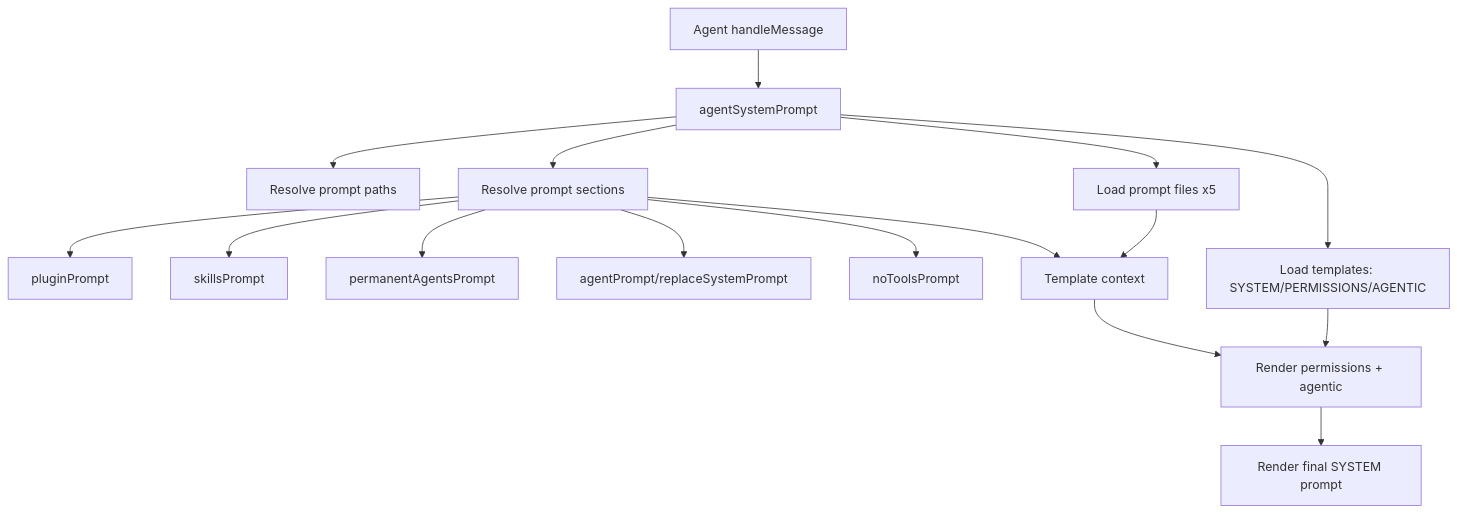
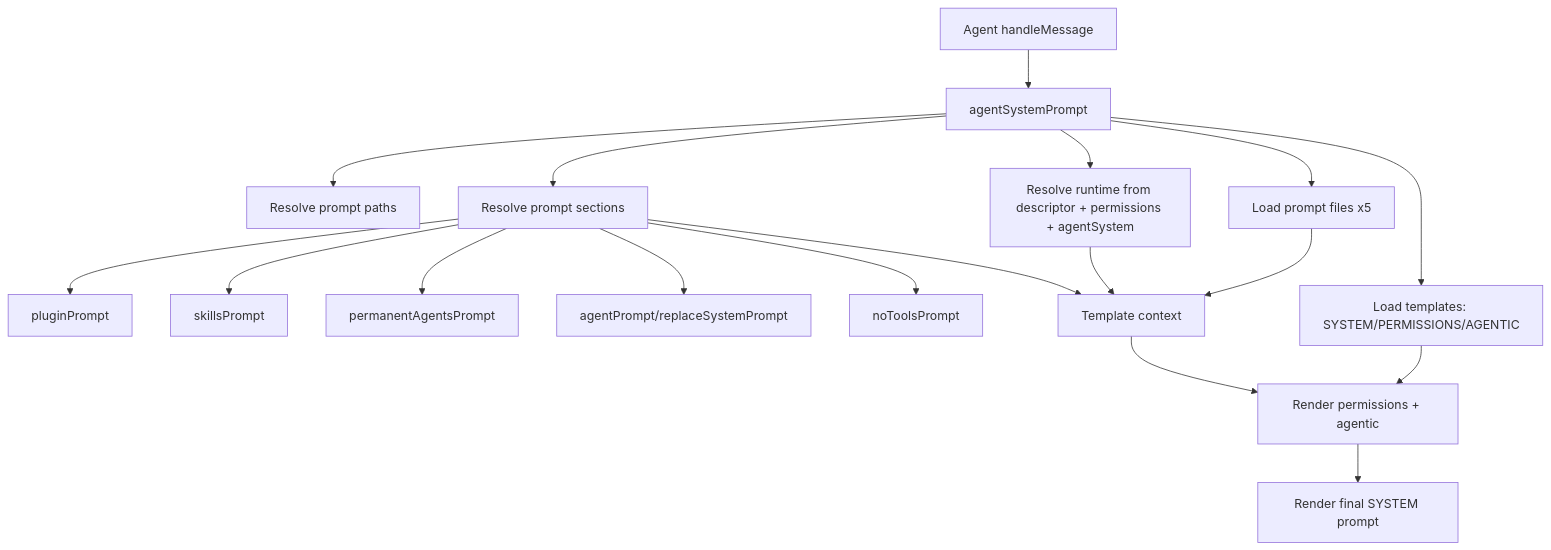
The diagram in doc/internals/agent-system-prompt.md (ex3ndr/daycare), drawn with Mermaid before and after one commit. The commit also changed other lines of this file and 3 other files, not shown here.

Commit message:
refactor(agents): derive prompt runtime from agent system

````diff
--- a/doc/internals/agent-system-prompt.md
+++ b/doc/internals/agent-system-prompt.md
@@ -15,18 +20,20 @@
 ```mermaid
 flowchart TD
   A[Agent handleMessage] --> B[agentSystemPrompt]
   B --> C[Resolve prompt paths]
+  B --> C1[Resolve runtime from descriptor + permissions + agentSystem]
   B --> D[Resolve prompt sections]
   D --> D1[pluginPrompt]
   D --> D2[skillsPrompt]
   D --> D3[permanentAgentsPrompt]
   D --> D4[agentPrompt/replaceSystemPrompt]
   D --> D5[noToolsPrompt]
   B --> E[Load prompt files x5]
   B --> F[Load templates: SYSTEM/PERMISSIONS/AGENTIC]
   E --> G[Template context]
+  C1 --> G
   D --> G
   F --> H[Render permissions + agentic]
   G --> H
   H --> I[Render final SYSTEM prompt]
 ```
````
